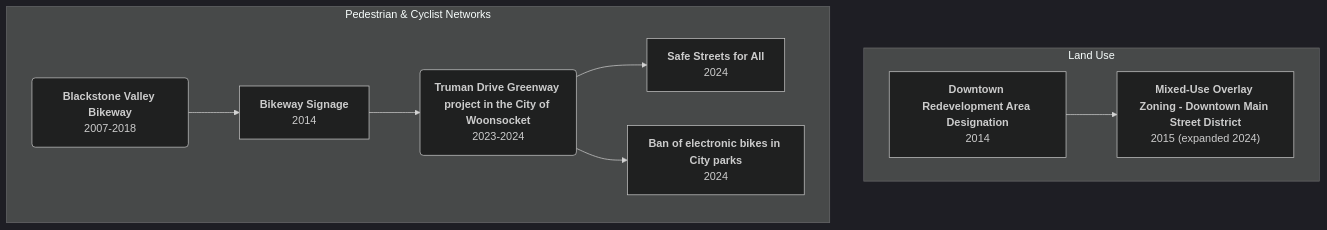
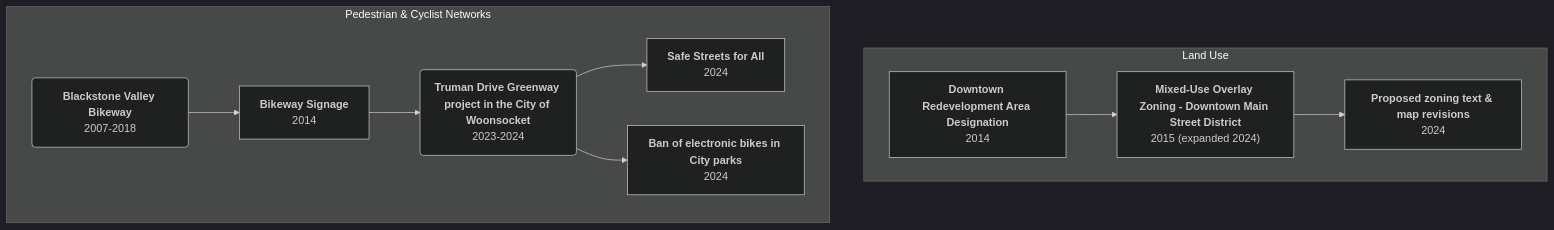
One commit to reesehirota/woonsocket_web changed the diagram in woonsocket.qmd. Above: the diagram before and after it, drawn with Mermaid (dark theme). The commit also changed other lines of this file and 3 other files, not shown here.

````diff
--- a/woonsocket.qmd
+++ b/woonsocket.qmd
@@ -120,24 +120,27 @@
 ```{mermaid}
 %%| fig-align: center
 flowchart TB
   subgraph Land Use
     B["`<b>Downtown Redevelopment Area Designation</b>
     2014`"] --> C["`<b>Mixed-Use Overlay Zoning - Downtown Main Street District</b>
     2015 (expanded 2024)`"]
+    C["`<b>Mixed-Use Overlay Zoning - Downtown Main Street District</b>
+    2015 (expanded 2024)`"] --> Z["`<b>Proposed zoning text & map revisions</b>
+    2024`"]
   end 
   
   subgraph Pedestrian & Cyclist Networks
     F("`<b>Blackstone Valley Bikeway</b>
     2007-2018`") --> A["`<b>Bikeway Signage</b>
     2014`"]
     A["`<b>Bikeway Signage</b>
     2014`"] --> G("`<b>Truman Drive Greenway project in the City of Woonsocket</b>
     2023-2024`")
     G("`<b>Truman Drive Greenway project in the City of Woonsocket</b>
     2023-2024`") --> D["`<b>Safe Streets for All</b>
     2024`"]
     G("`<b>Truman Drive Greenway project in the City of Woonsocket</b>
     2023-2024`") --> E["`<b>Ban of electronic bikes in City parks</b>
     2024`"]
   end
 ```
````
